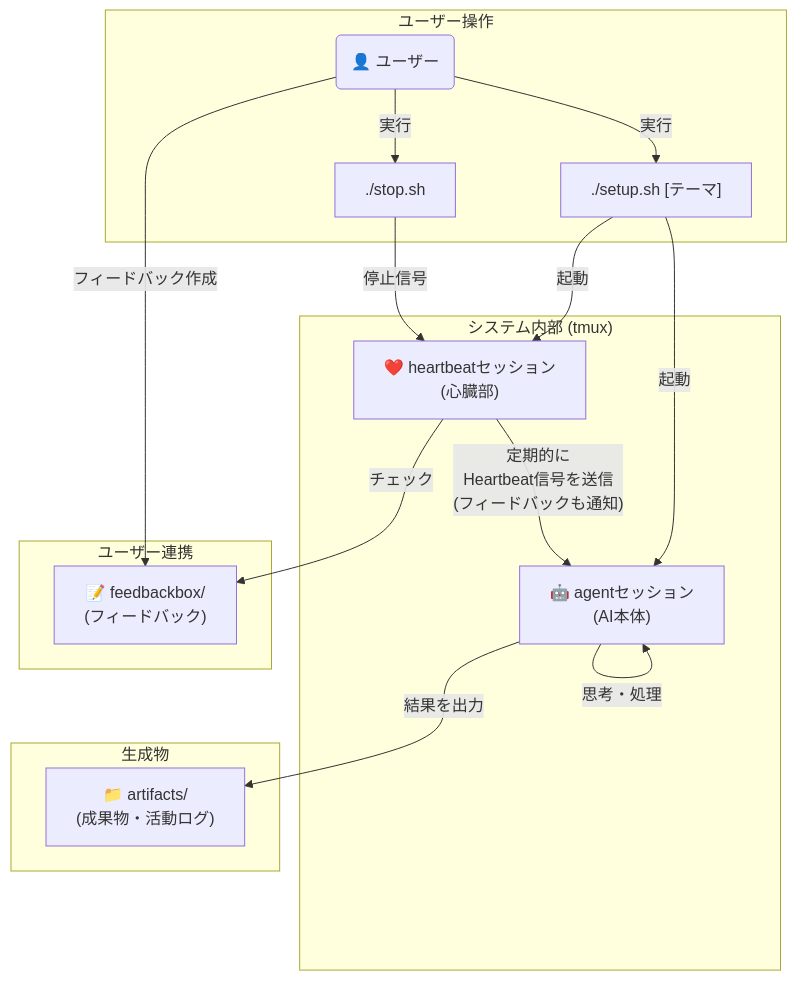
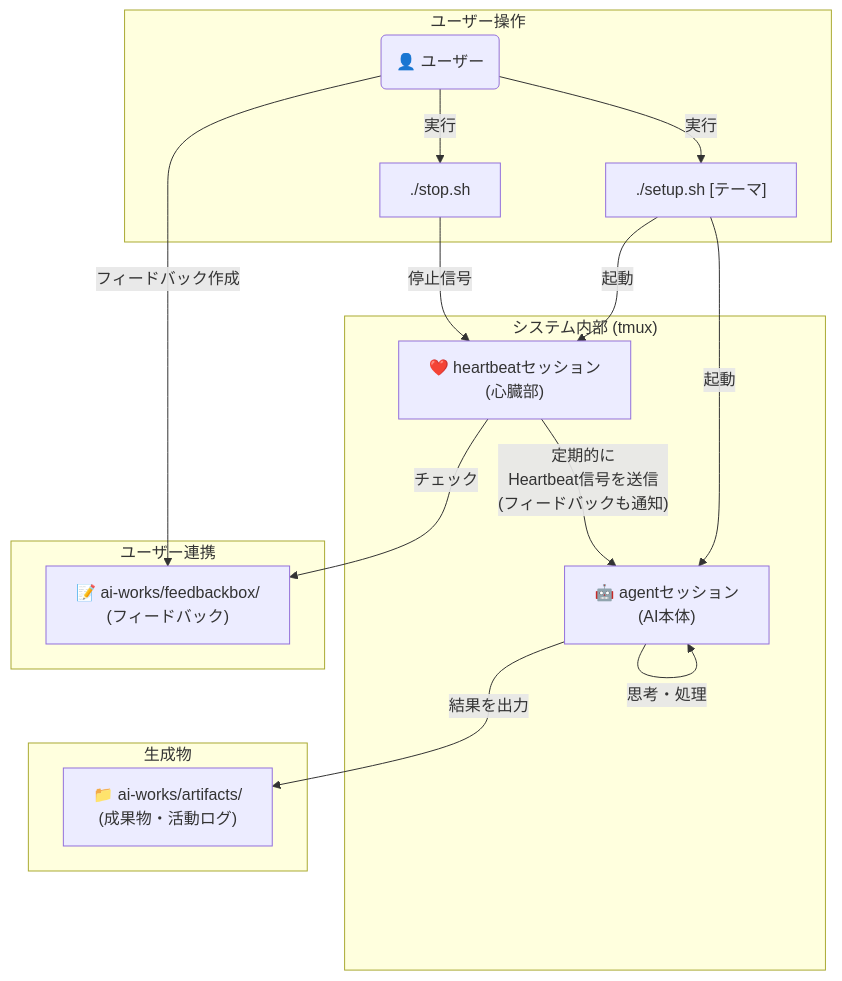
The diagram in README.md (creating-cat/ai-heartbeat), drawn with Mermaid before and after one commit. The commit also changed other lines of this file and 3 other files, not shown here.

````diff
--- a/README.md
+++ b/README.md
@@ -25,33 +25,33 @@
 ```mermaid
 graph TD
     subgraph "ユーザー操作"
         User(👤 ユーザー)
         Start["./setup.sh [テーマ]"]
         Stop["./stop.sh"]
     end
 
     subgraph "システム内部 (tmux)"
     Agent["🤖 agentセッション<br>(AI本体)"]
     Heartbeat["❤️ heartbeatセッション<br>(心臓部)"]
 end
 
 subgraph "ユーザー連携"
-    Feedbackbox["📝 feedbackbox/<br>(フィードバック)"]
+    Feedbackbox["📝 ai-works/feedbackbox/<br>(フィードバック)"]
 end
 
 subgraph "生成物"
-    Artifacts["📁 artifacts/ <br>(成果物・活動ログ)"]
+    Artifacts["📁 ai-works/artifacts/ <br>(成果物・活動ログ)"]
 end
 
 User -- "実行" --> Start
 Start -- "起動" --> Agent
 Start -- "起動" --> Heartbeat
 Heartbeat -- "定期的に<br>Heartbeat信号を送信<br>(フィードバックも通知)" --> Agent
 Agent -- "思考・処理" --> Agent
 Agent -- "結果を出力" --> Artifacts
 User -- "実行" --> Stop
 Stop -- "停止信号" --> Heartbeat
 User -- "フィードバック作成" --> Feedbackbox
 Heartbeat -- "チェック" --> Feedbackbox
 
 ```
````
